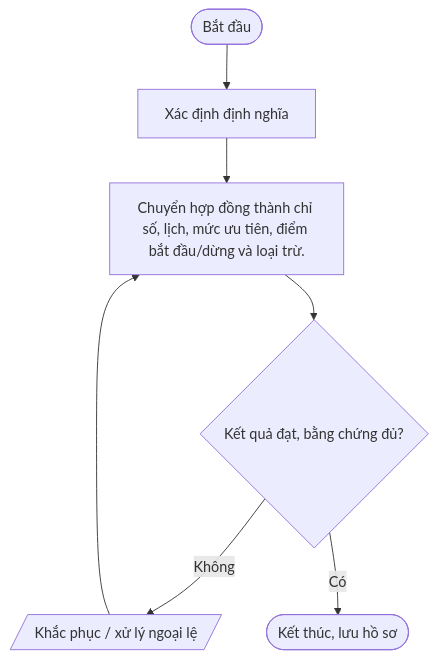
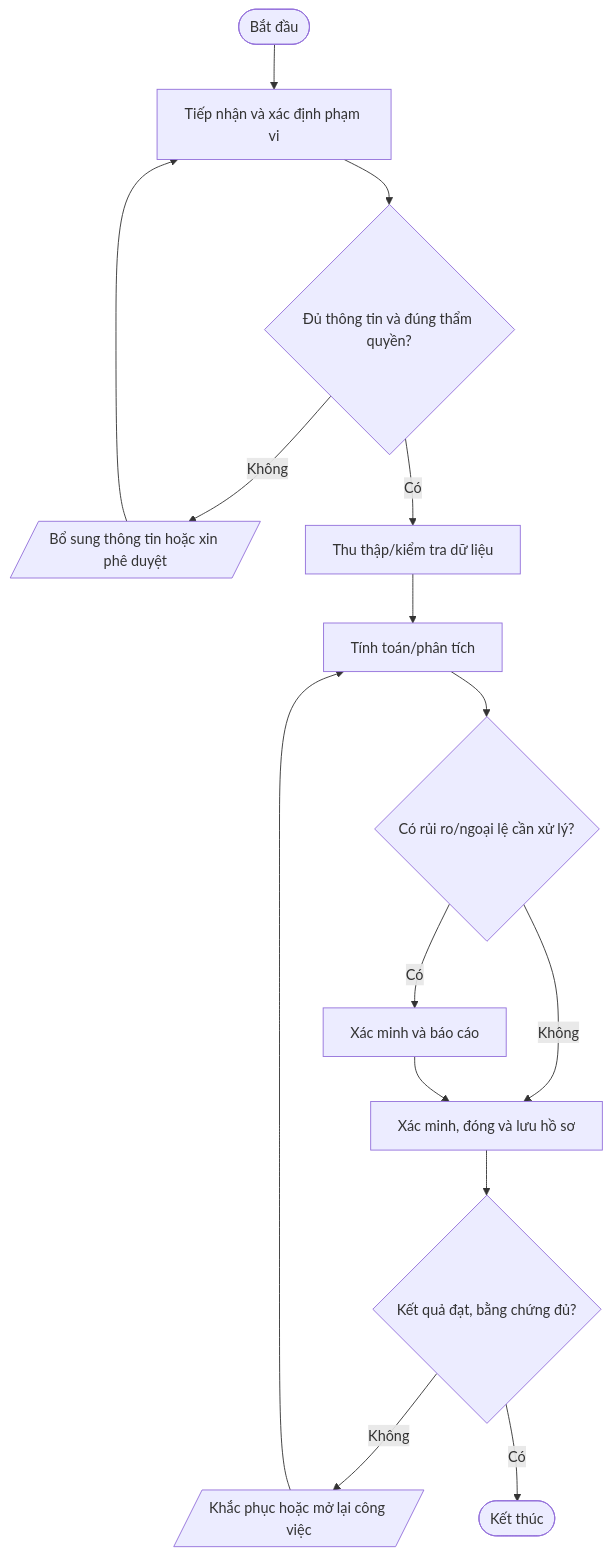
One commit to daoaigiangnam/Quy_Trinh_Chuan changed the ninth of 9 diagrams in quy-trinh/02-Van-hanh-IT/README.md. Above: the diagram before and after it, drawn with Mermaid. The commit also changed other lines of this file, not shown here.

Commit message:
docs: refine detailed procedure steps and Mermaid flowcharts

````diff
--- a/quy-trinh/02-Van-hanh-IT/README.md
+++ b/quy-trinh/02-Van-hanh-IT/README.md
@@ -612,11 +759,17 @@
 ```mermaid
 flowchart TD
-  A([Bắt đầu]) --> S1
-  S1["Xác định định nghĩa"]
-  S2["Chuyển hợp đồng thành chỉ số, lịch, mức ưu tiên, điểm bắt đầu/dừng và loại trừ."]
-  S1 --> S2
-  S2 --> D2{"Kết quả đạt, bằng chứng đủ?"}
-  D2 -- Không --> REWORK[/"Khắc phục / xử lý ngoại lệ"/]
-  REWORK --> S2
-  D2 -- Có --> Z([Kết thúc, lưu hồ sơ])
+  A([Bắt đầu]) --> S1["Tiếp nhận và xác định phạm vi"]
+  S1 --> D1{"Đủ thông tin và đúng thẩm quyền?"}
+  D1 -- Không --> F1[/"Bổ sung thông tin hoặc xin phê duyệt"/]
+  F1 --> S1
+  D1 -- Có --> S2["Thu thập/kiểm tra dữ liệu"]
+  S2 --> S3["Tính toán/phân tích"]
+  S3 --> D2{"Có rủi ro/ngoại lệ cần xử lý?"}
+  D2 -- Có --> S4["Xác minh và báo cáo"]
+  D2 -- Không --> S5["Xác minh, đóng và lưu hồ sơ"]
+  S4 --> S5
+  S5 --> D3{"Kết quả đạt, bằng chứng đủ?"}
+  D3 -- Không --> R[/"Khắc phục hoặc mở lại công việc"/]
+  R --> S3
+  D3 -- Có --> Z([Kết thúc])
 ```
````
